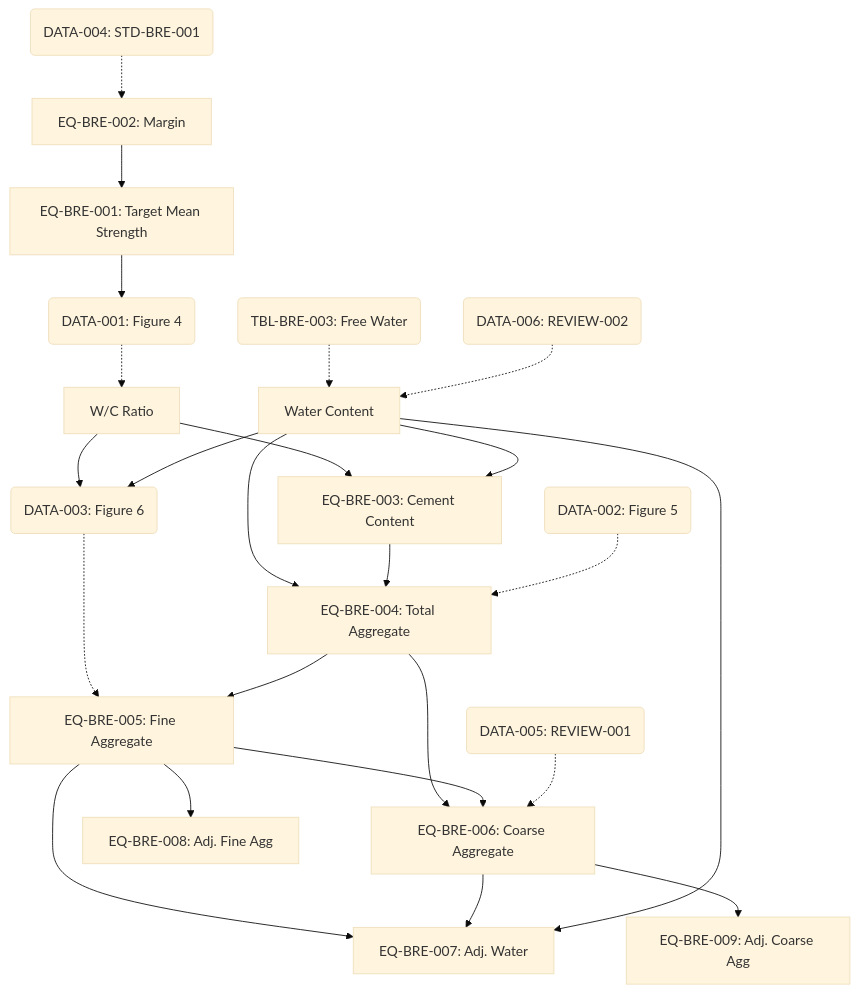
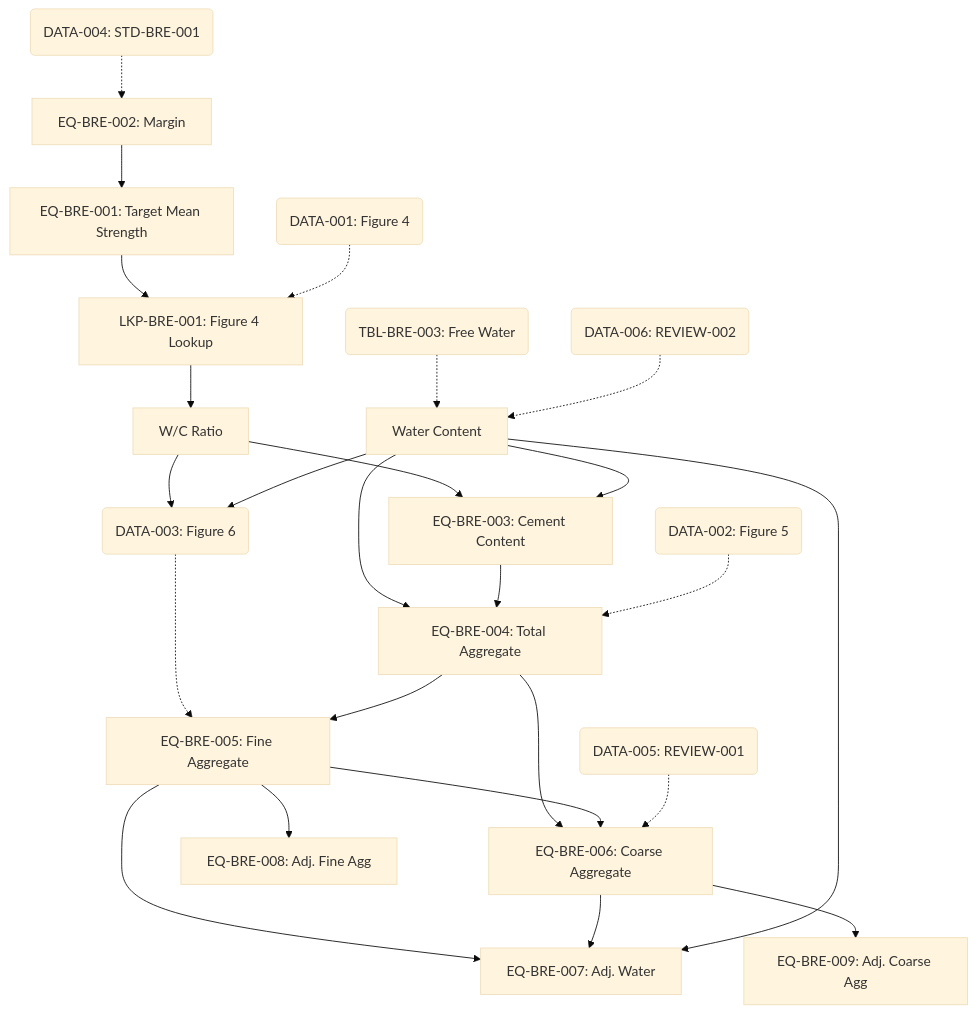
One commit to hasnizihar/BRE-MIX-DEZ changed the diagram in BRE-MIX-DESIGN/08_AI_AGENT/PHASE_2/CALCULATION_DEPENDENCY_GRAPH.md. Above: the diagram before and after it, drawn with Mermaid (base theme). The commit also changed 103 other files, not shown here.

````diff
--- a/BRE-MIX-DESIGN/08_AI_AGENT/PHASE_2/CALCULATION_DEPENDENCY_GRAPH.md
+++ b/BRE-MIX-DESIGN/08_AI_AGENT/PHASE_2/CALCULATION_DEPENDENCY_GRAPH.md
@@ -6,42 +6,43 @@
 ```mermaid
 graph TD
     %% Stage 1
     EQ002[EQ-BRE-002: Margin] --> EQ001[EQ-BRE-001: Target Mean Strength]
     DATA004(DATA-004: STD-BRE-001) -.-> EQ002
     
     %% Stage 2
-    EQ001 --> DATA001(DATA-001: Figure 4)
-    DATA001 -.-> WCR[W/C Ratio]
+    EQ001 --> LKP001[LKP-BRE-001: Figure 4 Lookup]
+    DATA001(DATA-001: Figure 4) -.-> LKP001
+    LKP001 --> WCR[W/C Ratio]
     
     %% Stage 3
     TBL003(TBL-BRE-003: Free Water) -.-> W[Water Content]
     DATA006(DATA-006: REVIEW-002) -.-> W
     
     %% Stage 4
     WCR --> EQ003[EQ-BRE-003: Cement Content]
     W --> EQ003
     
     %% Stage 5
     W --> EQ004[EQ-BRE-004: Total Aggregate]
     EQ003 --> EQ004
     DATA002(DATA-002: Figure 5) -.-> EQ004
     
     %% Stage 6
     WCR --> DATA003(DATA-003: Figure 6)
     W --> DATA003
     DATA003 -.-> EQ005[EQ-BRE-005: Fine Aggregate]
     EQ004 --> EQ005
     
     %% Stage 7
     EQ004 --> EQ006[EQ-BRE-006: Coarse Aggregate]
     EQ005 --> EQ006
     DATA005(DATA-005: REVIEW-001) -.-> EQ006
     
     %% Stage 8 (Corrections)
     EQ005 --> EQ007[EQ-BRE-007: Adj. Water]
     EQ006 --> EQ007
     W --> EQ007
     
     EQ005 --> EQ008[EQ-BRE-008: Adj. Fine Agg]
     EQ006 --> EQ009[EQ-BRE-009: Adj. Coarse Agg]
 ```
````
